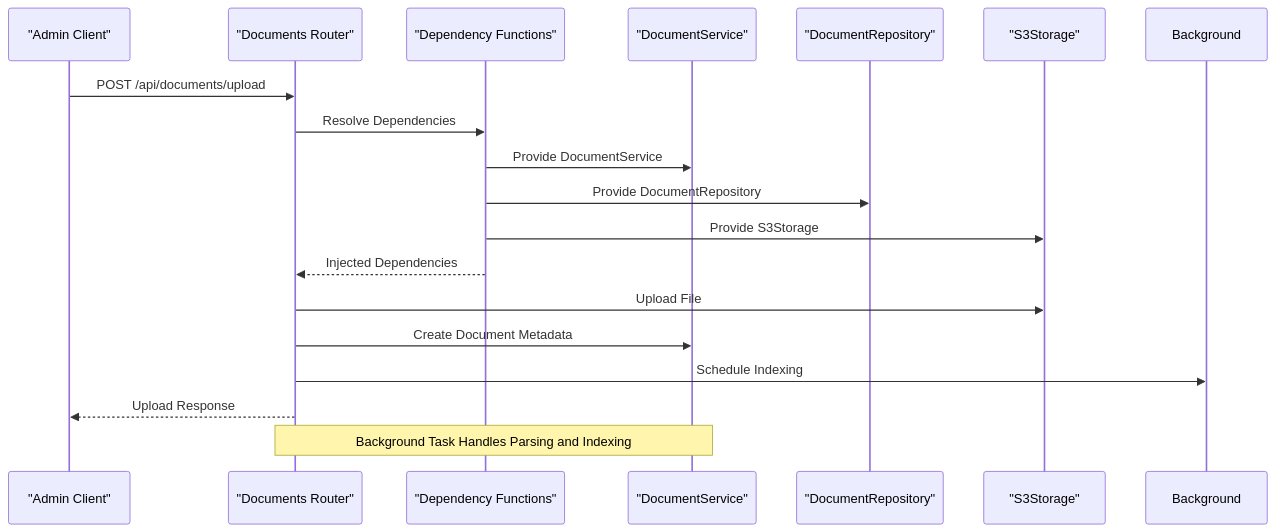
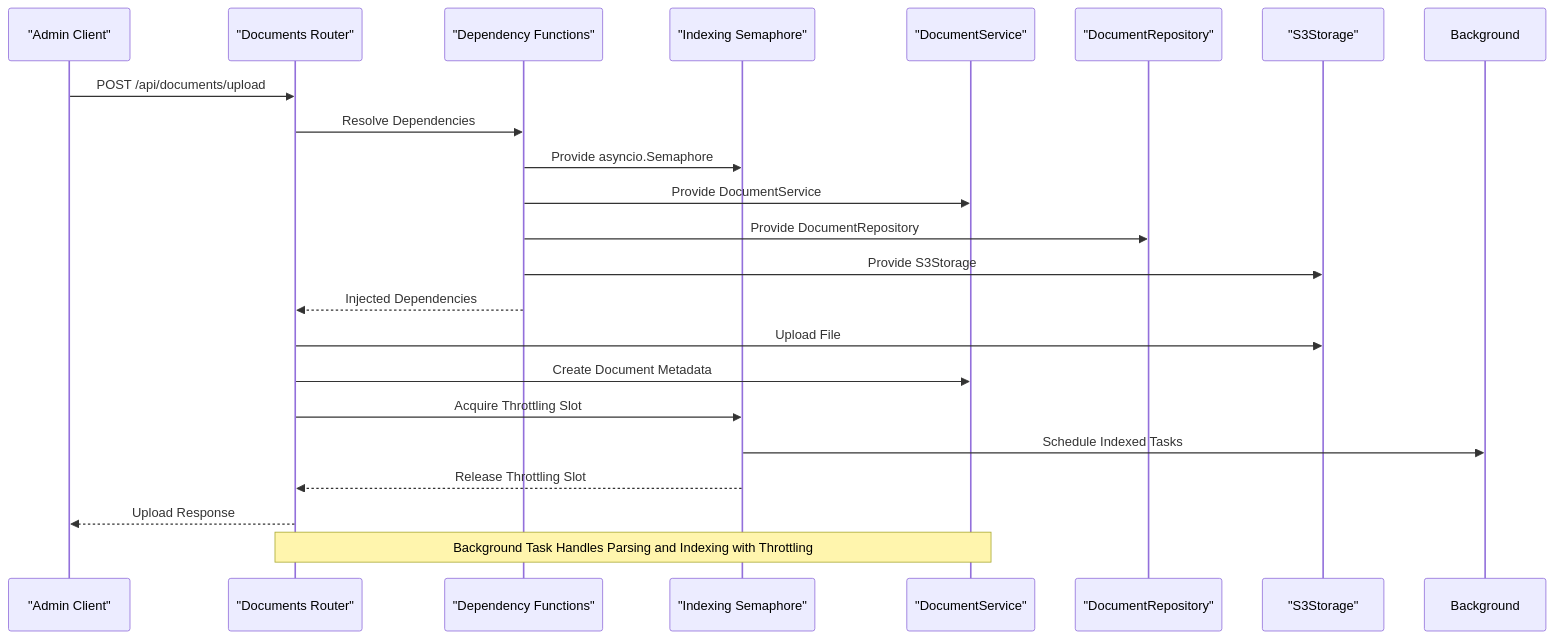
One commit to ognelis/cafetera_hr_bot changed the sixth of 8 diagrams in .qoder/repowiki/en/content/API Reference/Dependency Injection System.md. Above: the diagram before and after it, drawn with Mermaid. The commit also changed other lines of this file and 7 other files, not shown here.

````diff
--- a/.qoder/repowiki/en/content/API Reference/Dependency Injection System.md
+++ b/.qoder/repowiki/en/content/API Reference/Dependency Injection System.md
@@ -289,20 +333,24 @@
 ```mermaid
 sequenceDiagram
 participant Client as "Admin Client"
 participant Router as "Documents Router"
 participant Deps as "Dependency Functions"
+participant Semaphore as "Indexing Semaphore"
 participant Service as "DocumentService"
 participant Repo as "DocumentRepository"
 participant S3 as "S3Storage"
 Client->>Router : POST /api/documents/upload
 Router->>Deps : Resolve Dependencies
+Deps->>Semaphore : Provide asyncio.Semaphore
 Deps->>Service : Provide DocumentService
 Deps->>Repo : Provide DocumentRepository
 Deps->>S3 : Provide S3Storage
 Deps-->>Router : Injected Dependencies
 Router->>S3 : Upload File
 Router->>Service : Create Document Metadata
-Router->>Background : Schedule Indexing
+Router->>Semaphore : Acquire Throttling Slot
+Semaphore->>Background : Schedule Indexed Tasks
+Semaphore-->>Router : Release Throttling Slot
 Router-->>Client : Upload Response
-Note over Router,Service : Background Task Handles Parsing and Indexing
+Note over Router,Service : Background Task Handles Parsing and Indexing with Throttling
 ```
````
